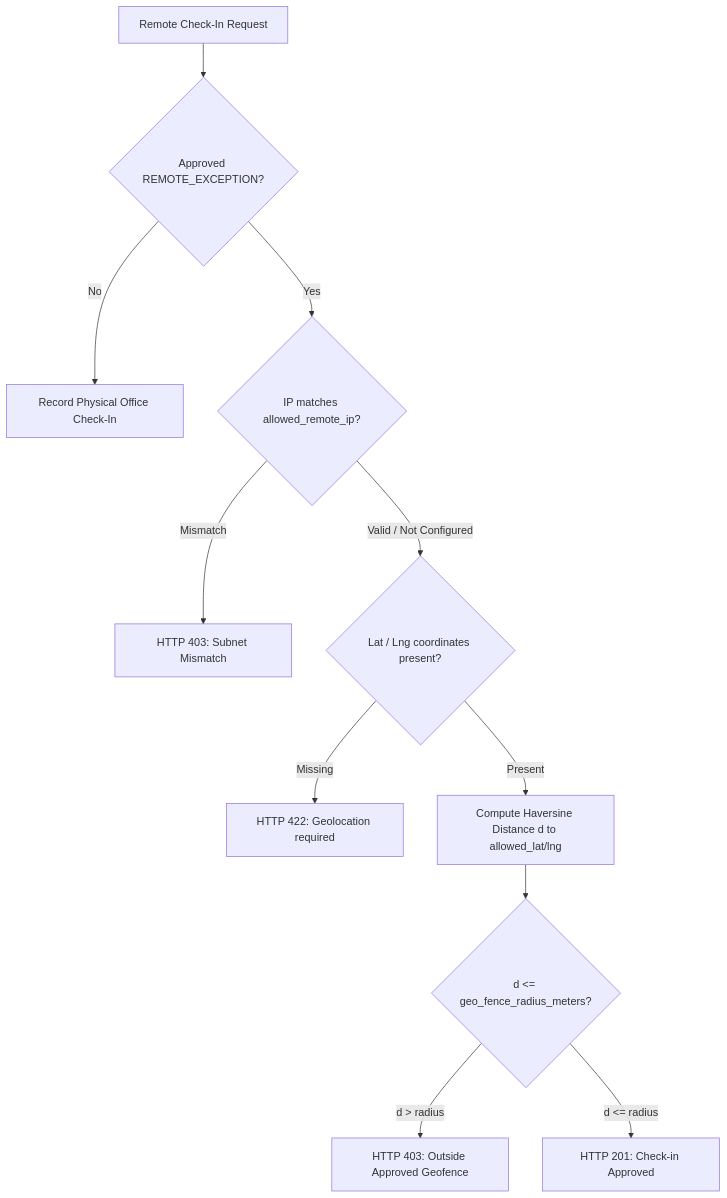
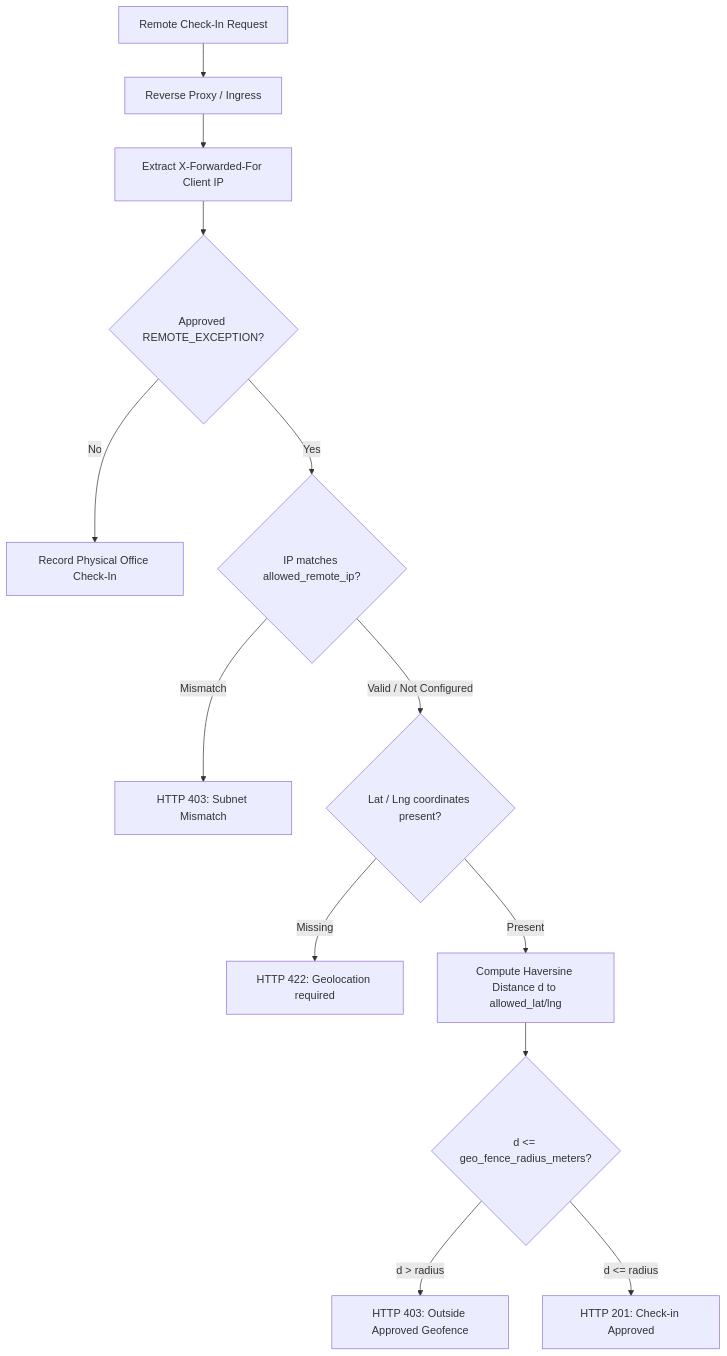
One commit to Venu5198/Attendance-Management-System. changed the fourth of 8 diagrams in docs/CENTRAL_ATTENDANCE_SYSTEM_ARCHITECTURE.md. Above: the diagram before and after it, drawn with Mermaid. The commit also changed other lines of this file, not shown here.

Commit message:
docs: enrich architecture spec with bulk leaves, proxy headers, O(1) map, and lifecycle states

````diff
--- a/docs/CENTRAL_ATTENDANCE_SYSTEM_ARCHITECTURE.md
+++ b/docs/CENTRAL_ATTENDANCE_SYSTEM_ARCHITECTURE.md
@@ -174,13 +196,15 @@
 ```mermaid
 flowchart TD
-    Req[Remote Check-In Request] --> HasExemption{Approved REMOTE_EXCEPTION?}
+    Req[Remote Check-In Request] --> Proxy[Reverse Proxy / Ingress]
+    Proxy --> HeaderExtract[Extract X-Forwarded-For Client IP]
+    HeaderExtract --> HasExemption{Approved REMOTE_EXCEPTION?}
     HasExemption -- No --> Standard[Record Physical Office Check-In]
     HasExemption -- Yes --> IPCheck{IP matches allowed_remote_ip?}
     IPCheck -- Mismatch --> RejectIP[HTTP 403: Subnet Mismatch]
     IPCheck -- Valid / Not Configured --> GeoCheck{Lat / Lng coordinates present?}
     GeoCheck -- Missing --> RejectGeo[HTTP 422: Geolocation required]
     GeoCheck -- Present --> Haversine[Compute Haversine Distance d to allowed_lat/lng]
     Haversine --> RadiusCheck{d <= geo_fence_radius_meters?}
     RadiusCheck -- d > radius --> RejectBoundary[HTTP 403: Outside Approved Geofence]
     RadiusCheck -- d <= radius --> AllowRemote[HTTP 201: Check-in Approved]
 ```
````
